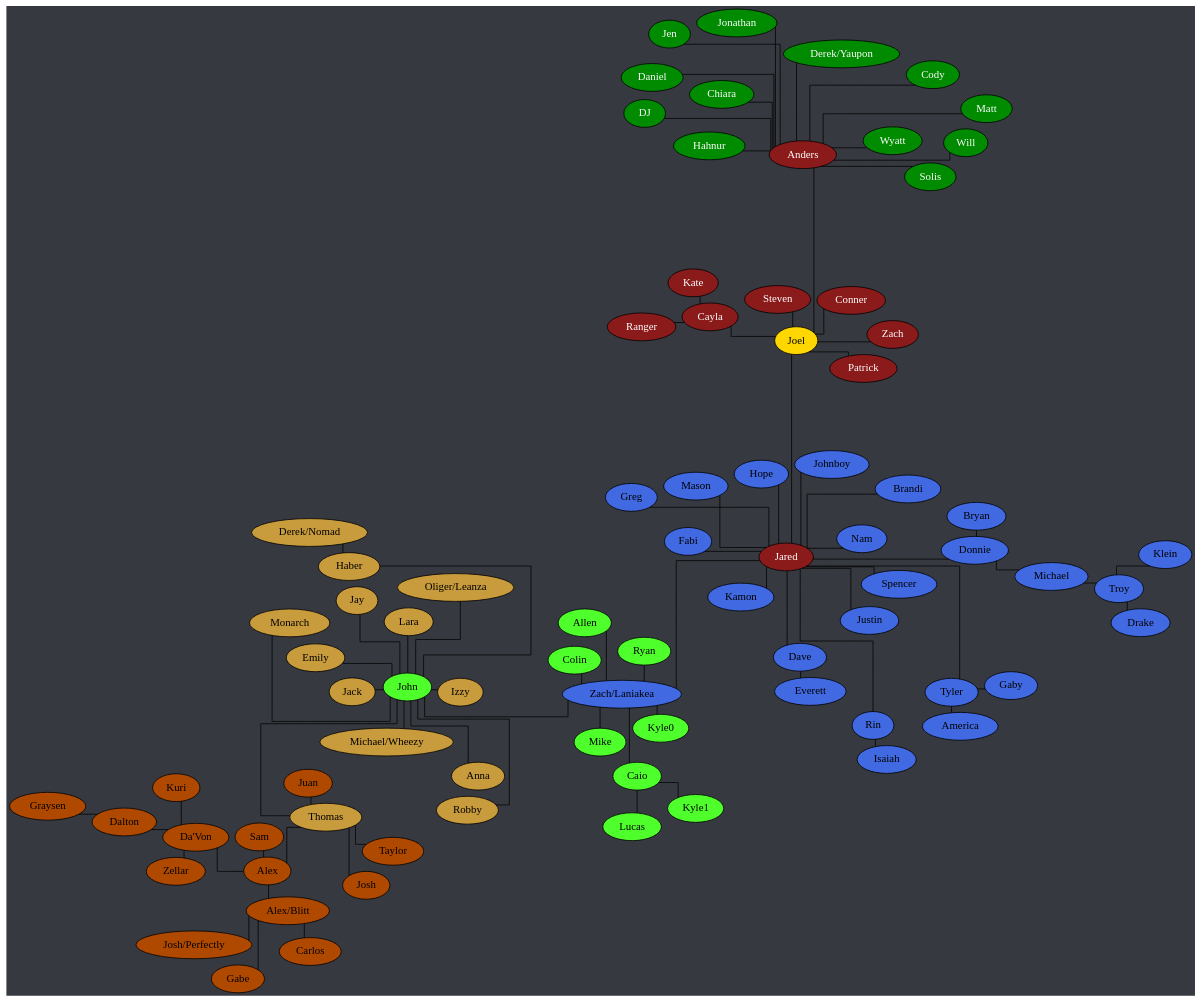
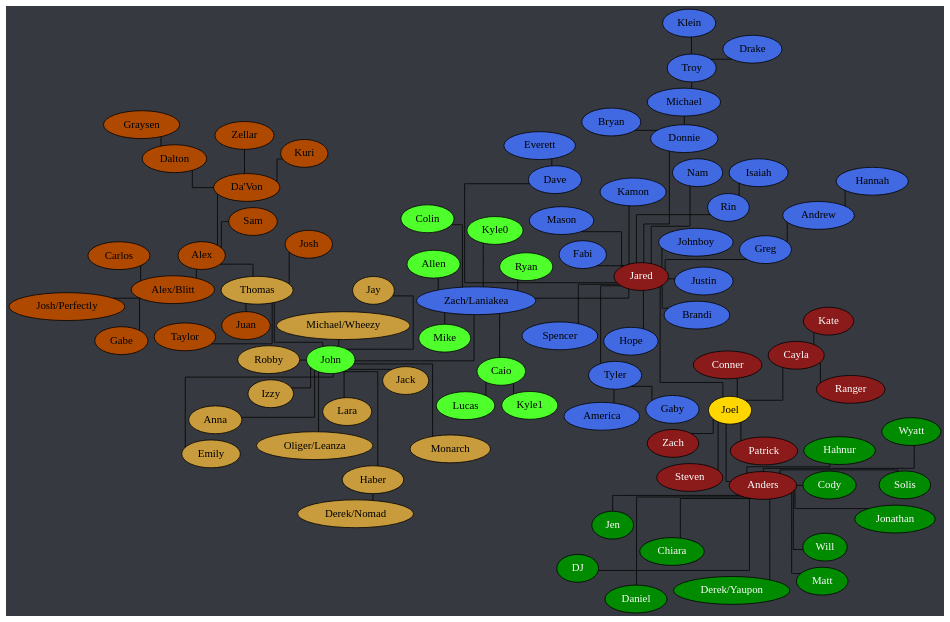
Before and after one commit to Documidas/CoronaCatzFamilyTree: the diagram in tree.dot, drawn with Graphviz. The commit also changed 1 other file, not shown here.

Commit message:
Add Andrew, Hannah

```diff
--- a/tree.dot
+++ b/tree.dot
@@ -1,130 +1,132 @@
 strict graph {
 	// Layout Configuration
 	layout = neato;
 	epsilon = 0.01;
 	mode = KK;
 	model = subset;
 	overlap = false;
 	splines = ortho;
 
 	// Visual Configuration
 	graph [truecolor=true bgcolor="#36393f"]
 	node [style=filled fillcolor="gray" fontcolor="black"]
 
 	subgraph "Joel" {
 		node [style=filled fillcolor="firebrick4" fontcolor="white"];
 		Joel [style=filled fillcolor="gold" fontcolor="black"];
 
 		Anders -- Joel;
 		Cayla -- Joel
 		Cayla -- Kate;
 		Cayla -- Ranger;
 		Joel -- Conner;
 		Joel -- Jared;
 		Joel -- Patrick;
 		Joel -- Steven;
 		Joel -- Zach;
 	}
 
 	subgraph "Anders" {
 		node [style=filled fillcolor="green4" fontcolor="white"];
 
 		Anders -- Chiara
 		Anders -- Cody;
 		Anders -- Daniel;
 		Anders -- "Derek/Yaupon";
 		Anders -- DJ;
 		Anders -- Hahnur;
 		Anders -- Jen;
 		Anders -- Jonathan;
 		Anders -- Matt;
 		Anders -- Solis;
 		Anders -- Will;
 		Anders -- Wyatt;
 	}
 
 	subgraph "Jared" {
 		node [style=filled fillcolor="royalblue" fontcolor="black"]
 
+		Andrew -- Hannah;
 		Dave -- Everett;
 		Donnie -- Bryan;
 		Donnie -- Michael;
+		Greg -- Andrew;
 		Jared -- Brandi;
 		Jared -- Dave;
 		Jared -- Donnie;
 		Jared -- Fabi;
 		Jared -- Greg;
 		Jared -- Hope;
 		Jared -- Johnboy;
 		Jared -- Justin;
 		Jared -- Kamon;
 		Jared -- Mason;
 		Jared -- Nam;
 		Jared -- Rin;
 		Jared -- Spencer;
 		Jared -- Tyler;
 		Jared -- "Zach/Laniakea";
 		Michael -- Troy;
 		Rin -- Isaiah;
 		Tyler -- America;
 		Tyler -- Gaby;
 		Troy -- Drake;
 		Troy -- Klein;
 	}
 
 	subgraph "Zach/Laniakea" {
 		node [style=filled fillcolor="#4eff2c" fontcolor="black"]
 
 		Caio -- Kyle1;
 		Caio -- Lucas;
 		"Zach/Laniakea" -- Allen;
 		"Zach/Laniakea" -- Caio;
 		"Zach/Laniakea" -- Colin;
 		"Zach/Laniakea" -- John [ len = 10 ];
 		"Zach/Laniakea" -- Kyle0;
 		"Zach/Laniakea" -- Mike;
 		"Zach/Laniakea" -- Ryan;
 	}
 
 	subgraph "John" {
 		node [style=filled fillcolor="#c89b3c" fontcolor="black"]
 
 		Haber -- "Derek/Nomad";
 		John -- Anna;
 		John -- Emily;
 		John -- Haber;
 		John -- Jay;
 		John -- Jack;
 		John -- Lara;
 		John -- Monarch;
 		John -- "Oliger/Leanza";
 		John -- Thomas;
 	}
 
 	subgraph "John-stream" {
 		// node [style=filled fillcolor="#9147ff" fontcolor="black"]
 		node [style=filled fillcolor="#c89b3c" fontcolor="black"]
 
 		John -- Izzy;
 		John -- "Michael/Wheezy";
 		John -- Robby;
 	}
 
 	subgraph "Thomas" {
 		node [style=filled fillcolor="#b04900" fontcolor="black"]
 		Alex -- "Da'Von";
 		Alex -- "Alex/Blitt";
 		Alex -- Sam;
 		"Alex/Blitt" -- Carlos;
 		"Alex/Blitt" -- Gabe;
 		"Alex/Blitt" -- "Josh/Perfectly";
 		Dalton -- Graysen;
 		"Da'Von" -- Dalton;
 		"Da'Von" -- Kuri;
 		"Da'Von" -- Zellar;
 		Thomas -- Alex;
 		Thomas -- Josh;
 		Thomas -- Juan;
 		Thomas -- Taylor;
 	}
 }
```
